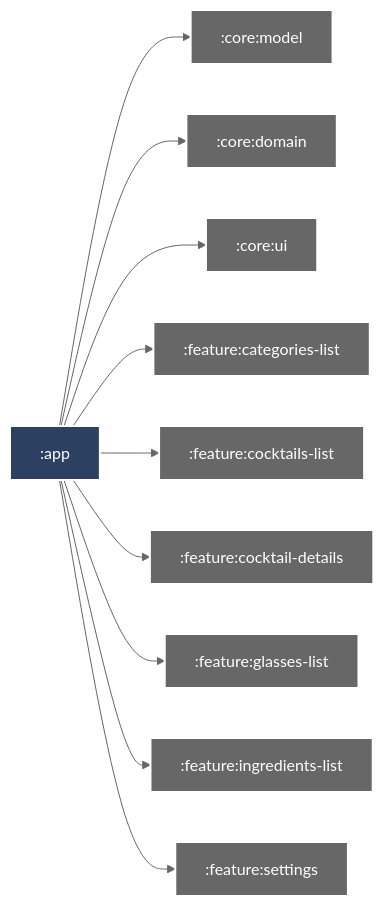
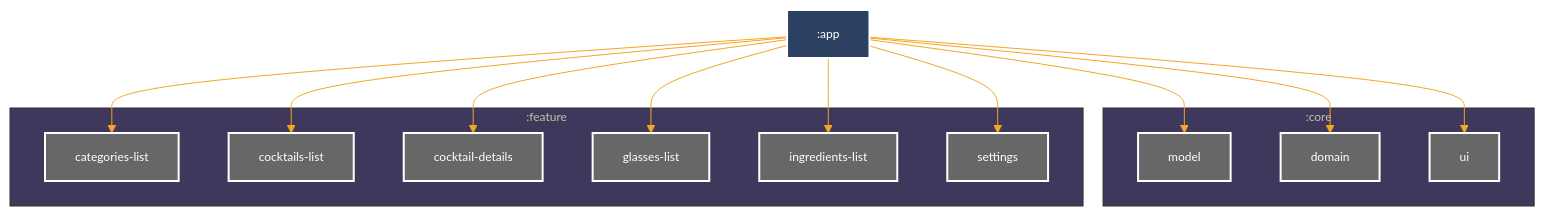
The diagram in README.md (alexmprog/TheCocktails), drawn with Mermaid before and after one commit. The commit also changed 1 other file, not shown here.

````diff
--- a/README.md
+++ b/README.md
@@ -29,32 +29,46 @@
 ```mermaid
 %%{
   init: {
-    'theme': 'neutral'
+    'theme': 'base',
+    'themeVariables': {"primaryTextColor":"#F6F8FAff","primaryColor":"#5a4f7c","primaryBorderColor":"#5a4f7c","tertiaryColor":"#40375c","lineColor":"#f5a623","fontSize":"12px"}
   }
 }%%
 
-graph LR
+graph TB
+  subgraph :core
+    :core:model["model"]
+    :core:domain["domain"]
+    :core:ui["ui"]
+  end
+  subgraph :feature
+    :feature:categories-list["categories-list"]
+    :feature:cocktails-list["cocktails-list"]
+    :feature:cocktail-details["cocktail-details"]
+    :feature:glasses-list["glasses-list"]
+    :feature:ingredients-list["ingredients-list"]
+    :feature:settings["settings"]
+  end
   :app --> :core:model
   :app --> :core:domain
   :app --> :core:ui
   :app --> :feature:categories-list
   :app --> :feature:cocktails-list
   :app --> :feature:cocktail-details
   :app --> :feature:glasses-list
   :app --> :feature:ingredients-list
   :app --> :feature:settings
 
 classDef android-application fill:#2C4162,stroke:#fff,stroke-width:2px,color:#fff;
 classDef unknown fill:#676767,stroke:#fff,stroke-width:2px,color:#fff;
 class :app android-application
 class :core:model unknown
 class :core:domain unknown
 class :core:ui unknown
 class :feature:categories-list unknown
 class :feature:cocktails-list unknown
 class :feature:cocktail-details unknown
 class :feature:glasses-list unknown
 class :feature:ingredients-list unknown
 class :feature:settings unknown
 
 ```
````
